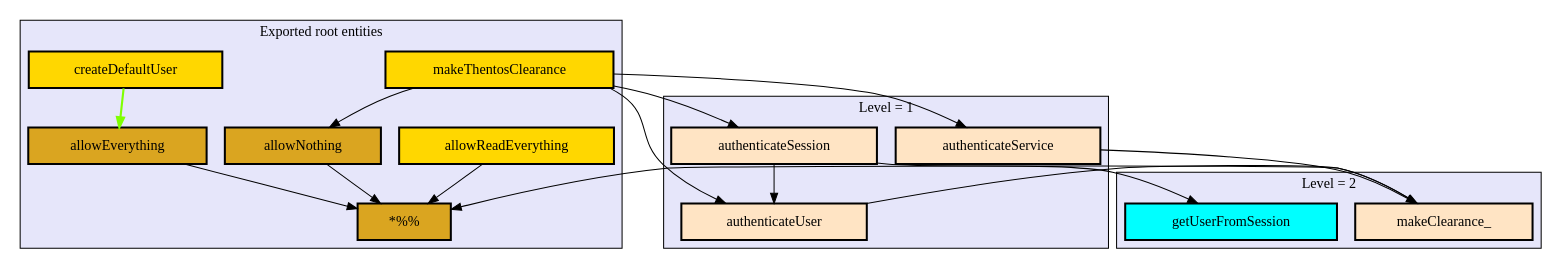
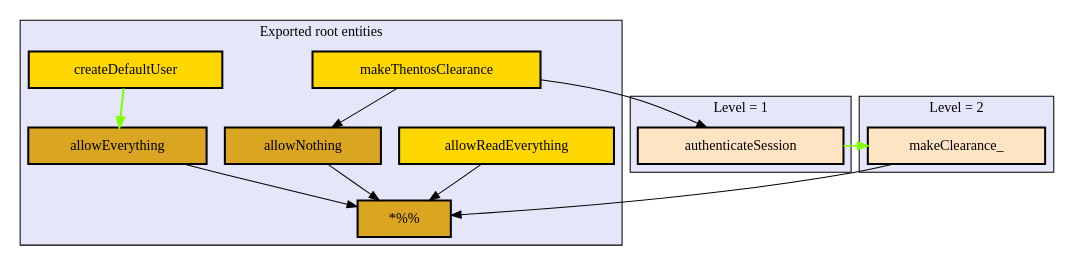
Before and after one commit to liqd/thentos: the diagram in gh-pages/SourceGraph/graphs/Thentos.DB.Protect_levels.dot, drawn with Graphviz. The commit also changed 421 other files, not shown here.

```diff
--- a/gh-pages/SourceGraph/graphs/Thentos.DB.Protect_levels.dot
+++ b/gh-pages/SourceGraph/graphs/Thentos.DB.Protect_levels.dot
@@ -1,84 +1,61 @@
 digraph "Levels within Thentos.DB.Protect" {
     node [margin="0.4,0.1"
          ,style=filled];
     subgraph cluster_0 {
         graph [label="Exported root entities"
               ,style=filled
               ,fillcolor=lavender];
         1 [label="*%%"
           ,shape=box
           ,fillcolor=goldenrod
           ,style="filled,bold"];
         2 [label=allowEverything
           ,shape=box
           ,fillcolor=goldenrod
           ,style="filled,bold"];
         3 [label=allowNothing
           ,shape=box
           ,fillcolor=goldenrod
           ,style="filled,bold"];
         4 [label=allowReadEverything
           ,shape=box
           ,fillcolor=gold
           ,style="filled,bold"];
-        8 [label=createDefaultUser
+        6 [label=createDefaultUser
           ,shape=box
           ,fillcolor=gold
           ,style="filled,bold"];
-        11 [label=makeThentosClearance
-           ,shape=box
-           ,fillcolor=gold
-           ,style="filled,bold"];
+        8 [label=makeThentosClearance
+          ,shape=box
+          ,fillcolor=gold
+          ,style="filled,bold"];
     }
     subgraph cluster_1 {
         graph [label="Level = 1"
               ,style=filled
               ,fillcolor=lavender];
-        5 [label=authenticateService
-          ,shape=box
-          ,fillcolor=bisque
-          ,style="filled,bold"];
-        6 [label=authenticateSession
-          ,shape=box
-          ,fillcolor=bisque
-          ,style="filled,bold"];
-        7 [label=authenticateUser
+        5 [label=authenticateSession
           ,shape=box
           ,fillcolor=bisque
           ,style="filled,bold"];
     }
     subgraph cluster_2 {
         graph [label="Level = 2"
               ,style=filled
               ,fillcolor=lavender];
-        9 [label=getUserFromSession
+        7 [label=makeClearance_
           ,shape=box
-          ,fillcolor=cyan
+          ,fillcolor=bisque
           ,style="filled,bold"];
-        10 [label=makeClearance_
-           ,shape=box
-           ,fillcolor=bisque
-           ,style="filled,bold"];
     }
     2 -> 1 [penwidth=1,color=black];
     3 -> 1 [penwidth=1,color=black];
     4 -> 1 [penwidth=1,color=black];
-    5 -> 10 [penwidth=1
-            ,color=black];
-    6 -> 7 [penwidth=1,color=black];
-    6 -> 9 [penwidth=1,color=black];
-    7 -> 10 [penwidth=1
-            ,color=black];
-    8 -> 2 [penwidth=2.09861228866811
+    5 -> 7 [penwidth=1.6931471805599454
            ,color=chartreuse];
-    10 -> 1 [penwidth=1
-            ,color=black];
-    11 -> 3 [penwidth=1
-            ,color=black];
-    11 -> 5 [penwidth=1
-            ,color=black];
-    11 -> 6 [penwidth=1
-            ,color=black];
-    11 -> 7 [penwidth=1
-            ,color=black];
+    6 -> 2 [penwidth=2.09861228866811
+           ,color=chartreuse];
+    7 -> 1 [penwidth=1,color=black];
+    8 -> 3 [penwidth=1,color=black];
+    8 -> 5 [penwidth=1,color=black];
 }
```
